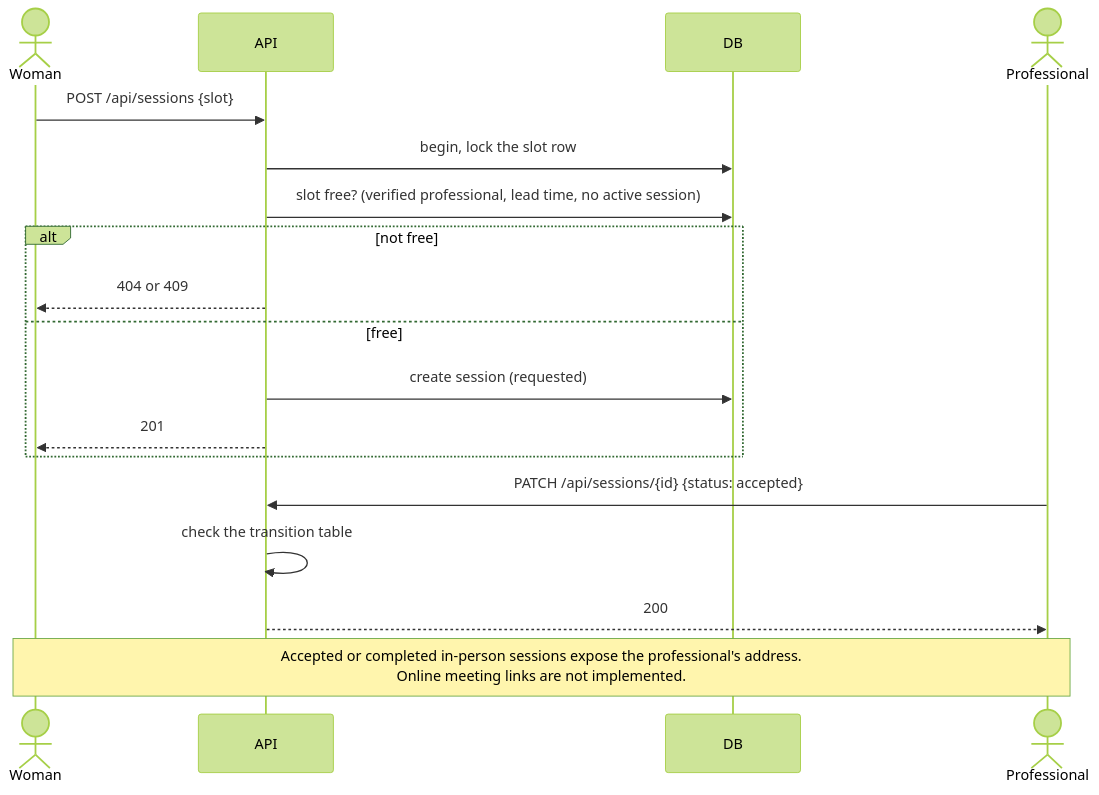
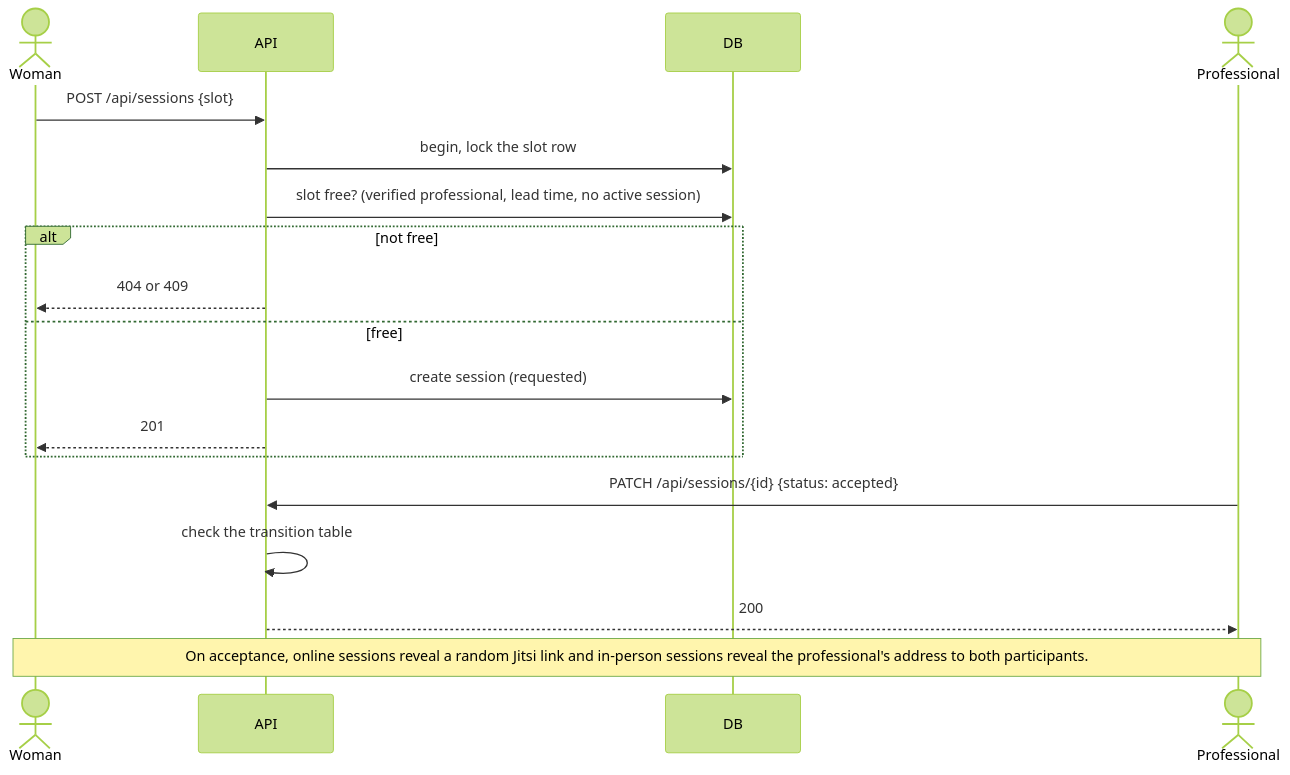
One commit to meriemchebab/Rahati changed the sixth of 10 diagrams in README.md. Above: the diagram before and after it, drawn with Mermaid (forest theme). The commit also changed other lines of this file and 5 other files, not shown here.

Commit message:
Add online meeting link functionality to sessions

````diff
--- a/README.md
+++ b/README.md
@@ -270,20 +270,20 @@
 ```mermaid
 sequenceDiagram
   actor Woman
   participant API
   participant DB
   actor Pro as Professional
   Woman->>API: POST /api/sessions {slot}
   API->>DB: begin, lock the slot row
   API->>DB: slot free? (verified professional, lead time, no active session)
   alt not free
     API-->>Woman: 404 or 409
   else free
     API->>DB: create session (requested)
     API-->>Woman: 201
   end
   Pro->>API: PATCH /api/sessions/{id} {status: accepted}
   API->>API: check the transition table
   API-->>Pro: 200
-  Note over Woman,Pro: Accepted or completed in-person sessions expose the professional's address.<br/>Online meeting links are not implemented.
+  Note over Woman,Pro: On acceptance, online sessions reveal a random Jitsi link and in-person sessions reveal the professional's address to both participants.
 ```
````
